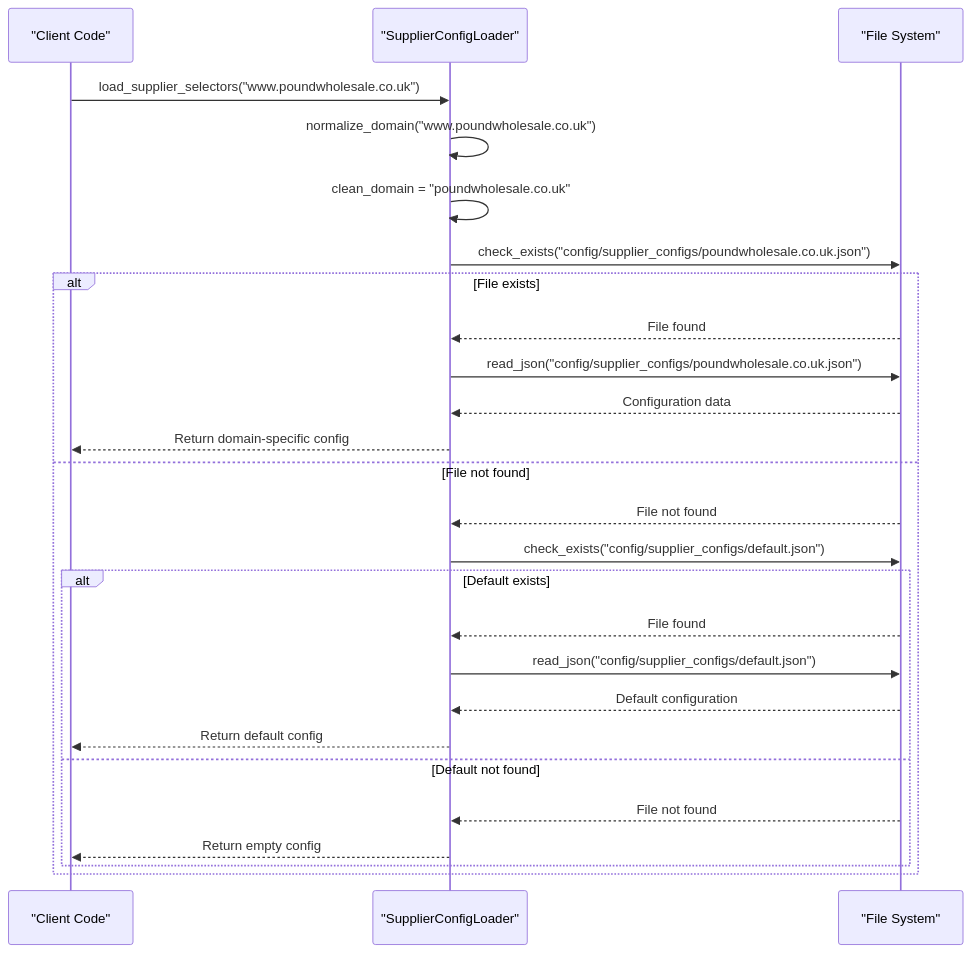
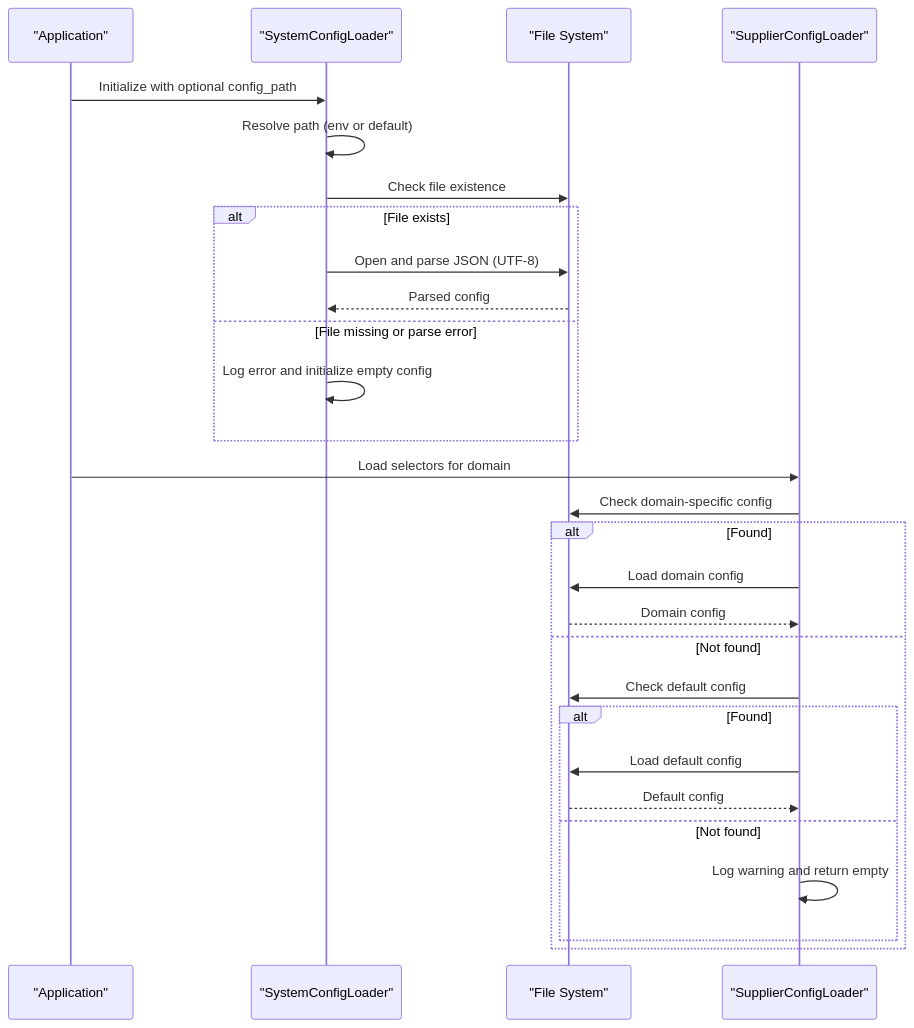
The second of 3 diagrams in .qoder/repowiki/en/content/Configuration Management/Configuration Loading Mechanism.md (chri75252/complete-fba), drawn with Mermaid before and after one commit. The commit also changed other lines of this file and 298 other files, not shown here.

````diff
--- a/.qoder/repowiki/en/content/Configuration Management/Configuration Loading Mechanism.md
+++ b/.qoder/repowiki/en/content/Configuration Management/Configuration Loading Mechanism.md
@@ -112,28 +83,30 @@
 ```mermaid
 sequenceDiagram
-participant Client as "Client Code"
-participant Loader as "SupplierConfigLoader"
+participant App as "Application"
+participant SysLoader as "SystemConfigLoader"
 participant FS as "File System"
-Client->>Loader : load_supplier_selectors("www.poundwholesale.co.uk")
-Loader->>Loader : normalize_domain("www.poundwholesale.co.uk")
-Loader->>Loader : clean_domain = "poundwholesale.co.uk"
-Loader->>FS : check_exists("config/supplier_configs/poundwholesale.co.uk.json")
+participant SupLoader as "SupplierConfigLoader"
+App->>SysLoader : Initialize with optional config_path
+SysLoader->>SysLoader : Resolve path (env or default)
+SysLoader->>FS : Check file existence
 alt File exists
-FS-->>Loader : File found
-Loader->>FS : read_json("config/supplier_configs/poundwholesale.co.uk.json")
-FS-->>Loader : Configuration data
-Loader-->>Client : Return domain-specific config
-else File not found
-FS-->>Loader : File not found
-Loader->>FS : check_exists("config/supplier_configs/default.json")
-alt Default exists
-FS-->>Loader : File found
-Loader->>FS : read_json("config/supplier_configs/default.json")
-FS-->>Loader : Default configuration
-Loader-->>Client : Return default config
-else Default not found
-FS-->>Loader : File not found
-Loader-->>Client : Return empty config
+SysLoader->>FS : Open and parse JSON (UTF-8)
+FS-->>SysLoader : Parsed config
+else File missing or parse error
+SysLoader->>SysLoader : Log error and initialize empty config
+end
+App->>SupLoader : Load selectors for domain
+SupLoader->>FS : Check domain-specific config
+alt Found
+SupLoader->>FS : Load domain config
+FS-->>SupLoader : Domain config
+else Not found
+SupLoader->>FS : Check default config
+alt Found
+SupLoader->>FS : Load default config
+FS-->>SupLoader : Default config
+else Not found
+SupLoader->>SupLoader : Log warning and return empty
 end
 end
 ```
````
